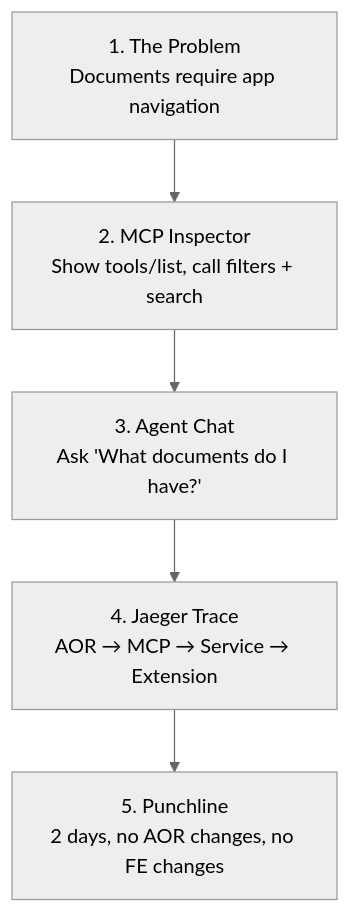
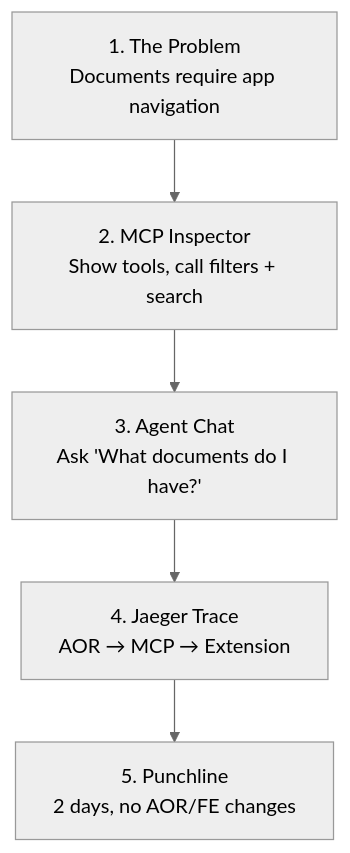
Before and after one commit to vinismoraes/hackathon-agent-documents: diagram 14 of 16 in PLAN.md, drawn with Mermaid (neutral theme). The commit also changed other lines of this file, not shown here.

First line of the commit message:
fix mermaid line breaks: replace \n with <br/>

````diff
--- a/PLAN.md
+++ b/PLAN.md
@@ -754,8 +754,8 @@
 ```mermaid
 flowchart TD
-    A["1. The Problem\nDocuments require app navigation"] --> B
-    B["2. MCP Inspector\nShow tools/list, call filters + search"] --> C
-    C["3. Agent Chat\nAsk 'What documents do I have?'"] --> D
-    D["4. Jaeger Trace\nAOR → MCP → Service → Extension"] --> E
-    E["5. Punchline\n2 days, no AOR changes, no FE changes"]
+    A["1. The Problem<br/>Documents require app navigation"] --> B
+    B["2. MCP Inspector<br/>Show tools, call filters + search"] --> C
+    C["3. Agent Chat<br/>Ask 'What documents do I have?'"] --> D
+    D["4. Jaeger Trace<br/>AOR → MCP → Extension"] --> E
+    E["5. Punchline<br/>2 days, no AOR/FE changes"]
 ```
````
